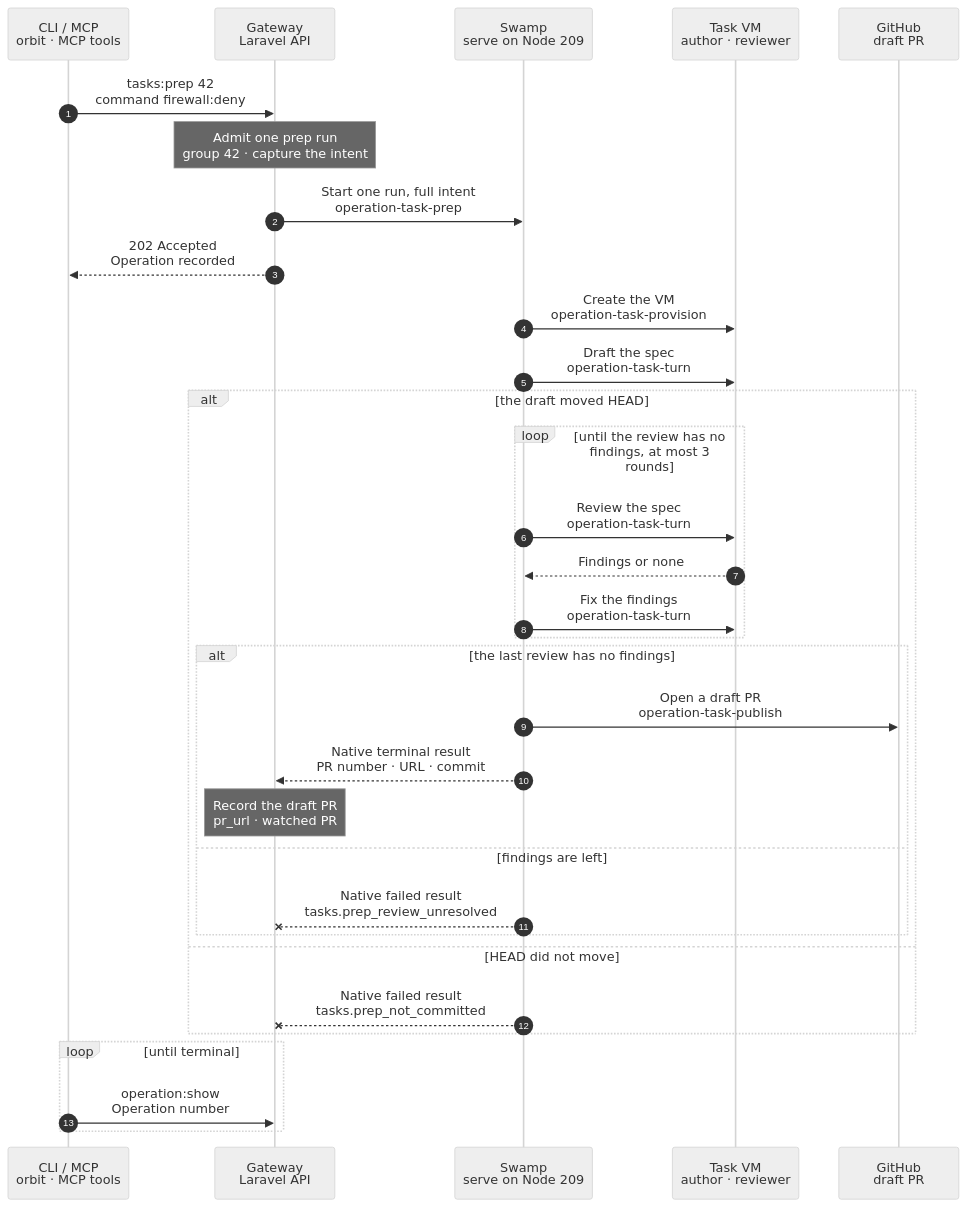
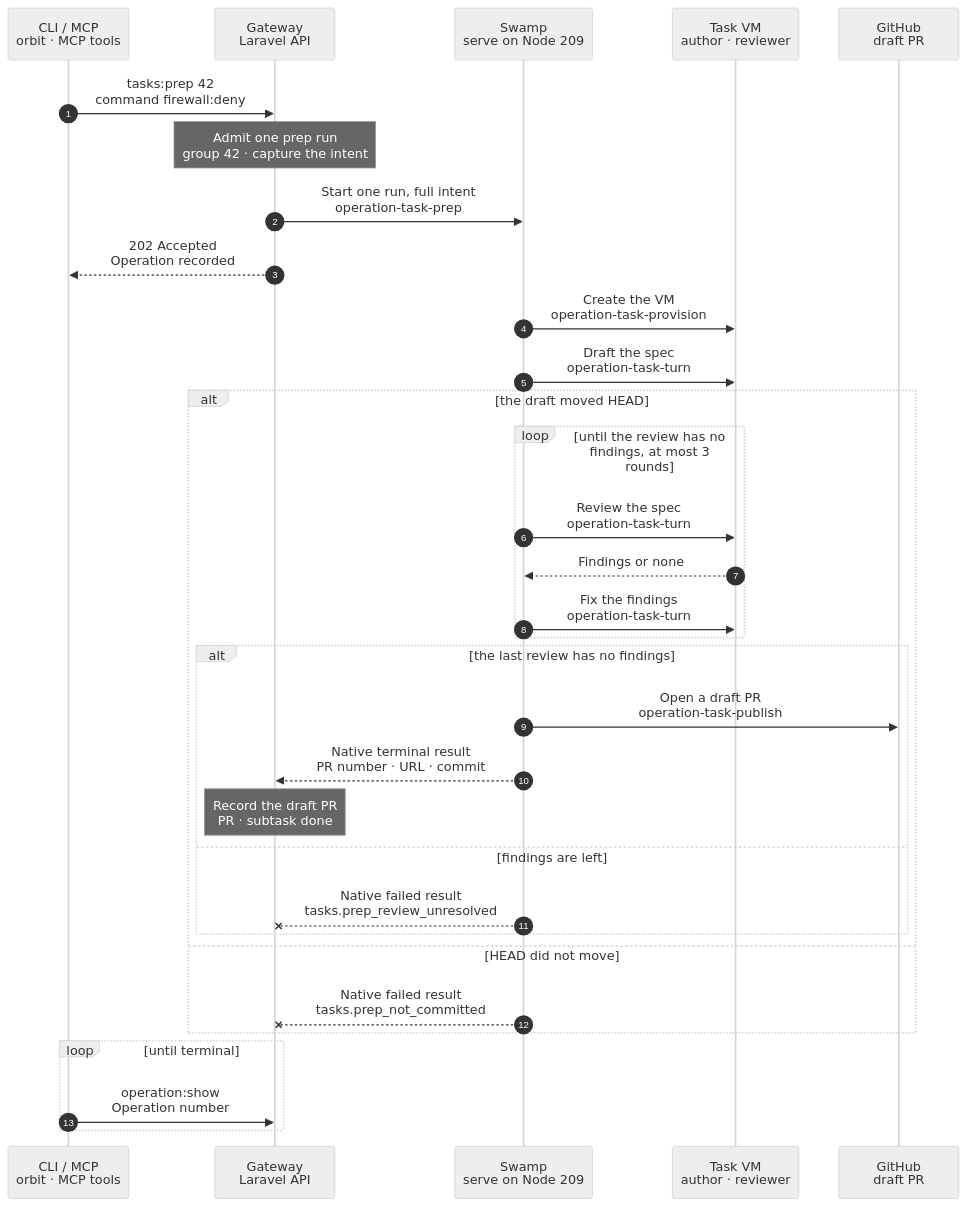
The diagram in docs/cli/tasks/prep.mmd (hardimpactdev/orbit), drawn with Mermaid (neutral theme) before and after one commit. The commit also changed 3 other files, not shown here.

First line of the commit message:
feat(gateway): complete the spec subtask of a prep run when the draft PR is open

```diff
--- a/docs/cli/tasks/prep.mmd
+++ b/docs/cli/tasks/prep.mmd
@@ -1,81 +1,86 @@
 sequenceDiagram
   %% Target design: docs/reference/tasks.md#prepare-a-command, the Gateway side of stage 1 of the command development pipeline (docs/reference/pipeline/1-prep.mmd). The pattern of proof:run: one admission, one parent Swamp run, existing workflows as children.
   %% status: draft
   %% command: tasks:prep
   %% kind: tasks.prep
   autonumber
   %% lane CLI icon=terminal pill=caller tone=gray
   %% lane GW icon=gateway pill=intent tone=blue
   %% lane SW icon=workflow pill=executes tone=green
   %% lane VM icon=terminal pill=target tone=amber
   %% lane GH icon=server pill=target tone=purple
   participant CLI as CLI / MCP<br/>orbit · MCP tools
   participant GW as Gateway<br/>Laravel API
   participant SW as Swamp<br/>serve on Node 209
   participant VM as Task VM<br/>author · reviewer
   participant GH as GitHub<br/>draft PR
   CLI->>GW: tasks:prep 42<br/>command firewall:deny
   %%> Command:
   %%> - the MCP tool `tasks-prep`, or `POST /api/v1/task-groups/42/prep` with `{"command": "firewall:deny"}` and an `Idempotency-Key`
   Note over GW: Admit one prep run<br/>group 42 · capture the intent
   %%> Requirements:
   %%> - your Node has an access grant to the Gateway
   %%> - group 42 is an open external `todo` group with no VM, of a Project that the GitHub App reads
   %%> - the command is `family:command` in lower case
   %%> What it does:
   %%> - captures, in one transaction, the provision intent, the author and reviewer threads, the prompts, the pull request title and body, and the repository, base and branch `task-42`
   %%> - mints the GitHub installation token for the pull request and pushes it to the vault under key names
   %%> Result:
   %%> - Operation recorded with the full intent
   GW->>SW: Start one run, full intent<br/>operation-task-prep
   %%> Inputs:
   %%> - the whole intent above, and the vault key names of the model, Pi and GitHub credentials, never their values
   %%> - no step of the run calls the Gateway
   GW-->>CLI: 202 Accepted<br/>Operation recorded
   %%> Next:
   %%> - the CLI follows the Operation with `operation:show`
   SW->>VM: Create the VM<br/>operation-task-provision
   %%> What it does:
   %%> - runs the provision workflow as a child, with its intent from the parent's inputs
   %%> - the VM, the workspace and the checkout of the default branch
   %%> - the host key of the new VM is unknown at admission; a step pins it into the SSH targets of the later children
   SW->>VM: Draft the spec<br/>operation-task-turn
   %%> What it does:
   %%> - the author agent drafts the chart, the page and the cases, checks them, and commits the three files as one commit
   %%> - the turn reports the commit and tree it left
   alt the draft moved HEAD
     loop until the review has no findings, at most 3 rounds
       SW->>VM: Review the spec<br/>operation-task-turn
       %%> What it does:
       %%> - a new reviewer thread restores the commit under review and reads the spec
       %%> - its receipt is `approved` or `changes_requested` with the findings
       VM-->>SW: Findings or none
       SW->>VM: Fix the findings<br/>operation-task-turn
       %%> When:
       %%> - only when the review has findings
       %%> Result:
       %%> - the author thread fixes them and commits again
     end
     alt the last review has no findings
       SW->>GH: Open a draft PR<br/>operation-task-publish
       %%> What it does:
       %%> - pushes the commit to `task-42` without force and opens the PR as the Orbit App, as a draft
       SW-->>GW: Native terminal result<br/>PR number · URL · commit
-      Note over GW: Record the draft PR<br/>pr_url · watched PR
+      Note over GW: Record the draft PR<br/>PR · subtask done
       %%> Result:
       %%> - the group keeps its VM; the pull request fields of the group are set for stage 4
+      %%> - the spec subtask of the group is marked completed, so the group has no open subtask
+      %%> Why:
+      %%> - `tasks:park` refuses a group with an open subtask; with the subtask completed it can stop the VM while the spec waits for review, and the workspace stays
+      %%> Decided by the orchestrator, for Nick's review:
+      %%> - prep completes its subtask when the App opens the draft PR; park keeps its rule that no subtask is open
     else findings are left
       SW--xGW: Native failed result<br/>tasks.prep_review_unresolved
       %%> Result:
       %%> - nothing is published; the VM stays for the orchestrator
     end
   else HEAD did not move
     SW--xGW: Native failed result<br/>tasks.prep_not_committed
     %%> Result:
     %%> - no review runs; the VM stays for the orchestrator
   end
   loop until terminal
     CLI->>GW: operation:show<br/>Operation number
     %%> Returns:
     %%> - the Operation status, and the pull request when the run succeeded
   end
```
